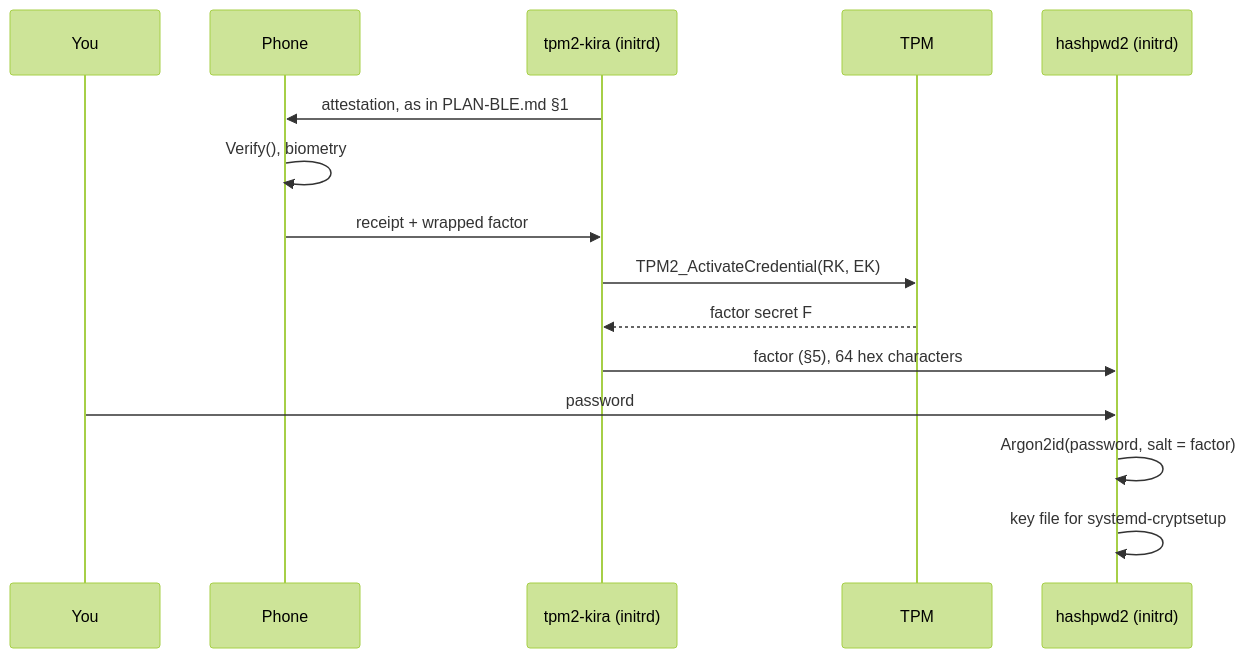
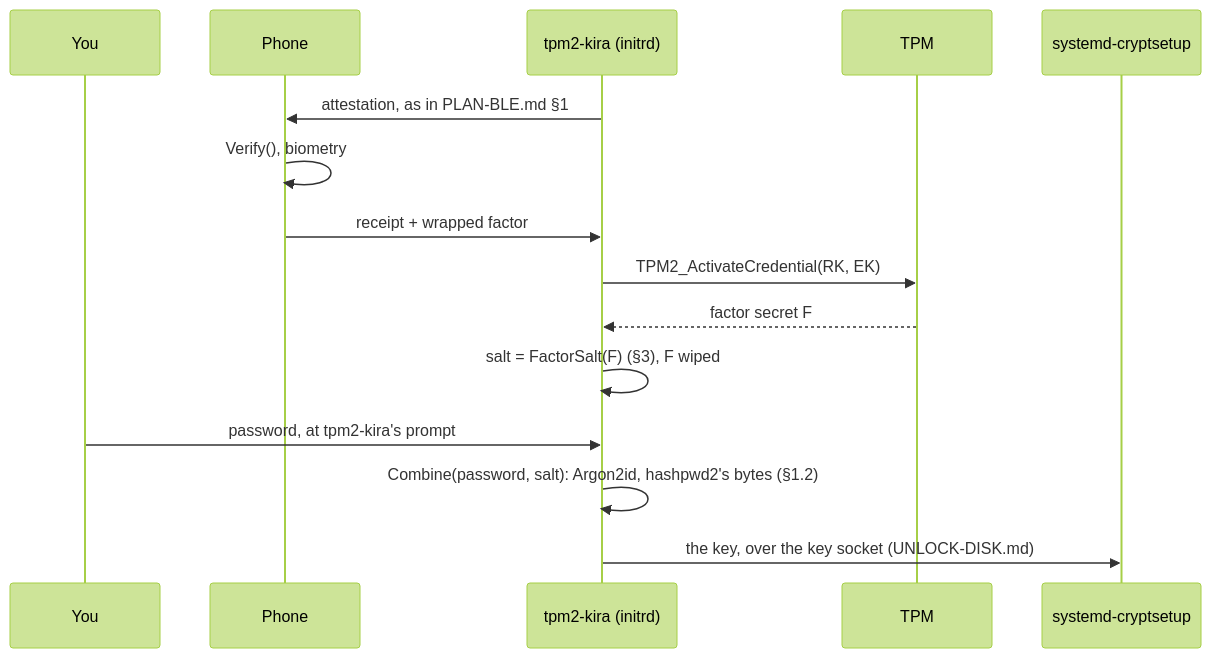
The diagram in docs/PLAN-FACTORRELEASE.md (mrwiora/tpm2-kira), drawn with Mermaid (forest theme) before and after one commit. The commit also changed other lines of this file and 1 other file, not shown here.

First line of the commit message:
PLAN-FACTORRELEASE: reviewed; the combiner inside, the release key under the slot's approval

````diff
--- a/docs/PLAN-FACTORRELEASE.md
+++ b/docs/PLAN-FACTORRELEASE.md
@@ -23,18 +31,18 @@
 ```mermaid
 sequenceDiagram
     participant U as You
     participant P as Phone
     participant K as tpm2-kira (initrd)
     participant T as TPM
-    participant H as hashpwd2 (initrd)
+    participant C as systemd-cryptsetup
 
     K->>P: attestation, as in PLAN-BLE.md §1
     P->>P: Verify(), biometry
     P->>K: receipt + wrapped factor
     K->>T: TPM2_ActivateCredential(RK, EK)
     T-->>K: factor secret F
-    K->>H: factor (§5), 64 hex characters
-    U->>H: password
-    H->>H: Argon2id(password, salt = factor)
-    H->>H: key file for systemd-cryptsetup
+    K->>K: salt = FactorSalt(F) (§3), F wiped
+    U->>K: password, at tpm2-kira's prompt
+    K->>K: Combine(password, salt): Argon2id, hashpwd2's bytes (§1.2)
+    K->>C: the key, over the key socket (UNLOCK-DISK.md)
 ```
````
